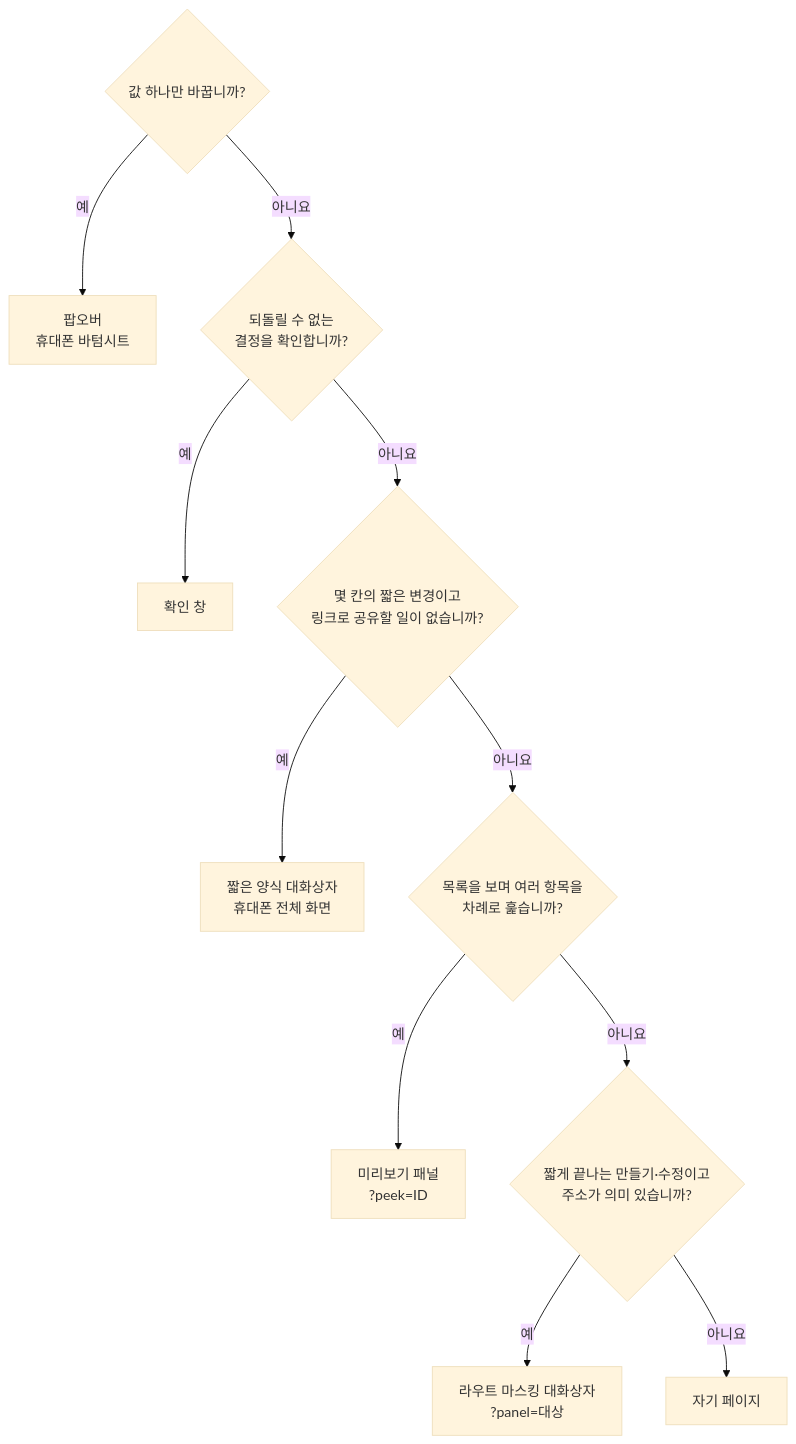
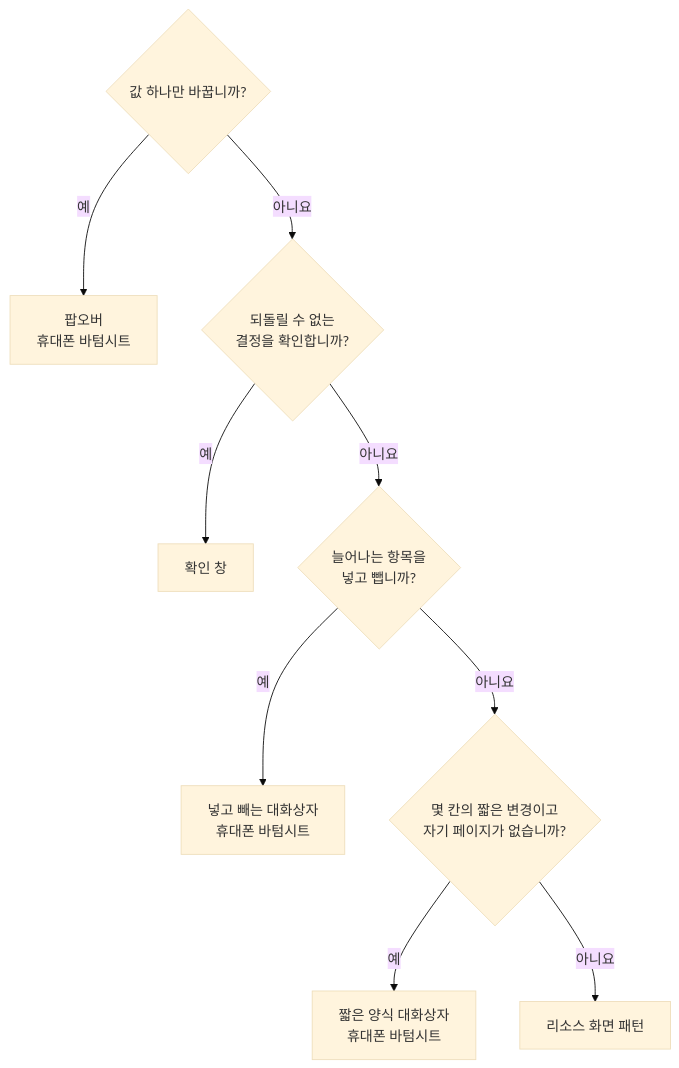
One commit to dev-goraebap/dev.goraebap changed the third of 3 diagrams in apps/site/content/architecture/8-6.mdx. Above: the diagram before and after it, drawn with Mermaid (base theme). The commit also changed other lines of this file and 745 other files, not shown here.

````diff
--- a/apps/site/content/architecture/8-6.mdx
+++ b/apps/site/content/architecture/8-6.mdx
@@ -63,13 +98,11 @@
 ```mermaid
 flowchart TB
   Q1{"값 하나만 바꿉니까?"} -->|"예"| P1["팝오버<br/>휴대폰 바텀시트"]
   Q1 -->|"아니요"| Q2{"되돌릴 수 없는<br/>결정을 확인합니까?"}
   Q2 -->|"예"| P2["확인 창"]
-  Q2 -->|"아니요"| Q3{"몇 칸의 짧은 변경이고<br/>링크로 공유할 일이 없습니까?"}
-  Q3 -->|"예"| P3["짧은 양식 대화상자<br/>휴대폰 전체 화면"]
-  Q3 -->|"아니요"| Q4{"목록을 보며 여러 항목을<br/>차례로 훑습니까?"}
-  Q4 -->|"예"| P4["미리보기 패널<br/>?peek=ID"]
-  Q4 -->|"아니요"| Q5{"짧게 끝나는 만들기·수정이고<br/>주소가 의미 있습니까?"}
-  Q5 -->|"예"| P5["라우트 마스킹 대화상자<br/>?panel=대상"]
-  Q5 -->|"아니요"| P6["자기 페이지"]
+  Q2 -->|"아니요"| Q3{"늘어나는 항목을<br/>넣고 뺍니까?"}
+  Q3 -->|"예"| P3["넣고 빼는 대화상자<br/>휴대폰 바텀시트"]
+  Q3 -->|"아니요"| Q4{"몇 칸의 짧은 변경이고<br/>자기 페이지가 없습니까?"}
+  Q4 -->|"예"| P4["짧은 양식 대화상자<br/>휴대폰 바텀시트"]
+  Q4 -->|"아니요"| P5["리소스 화면 패턴"]
 ```
````
